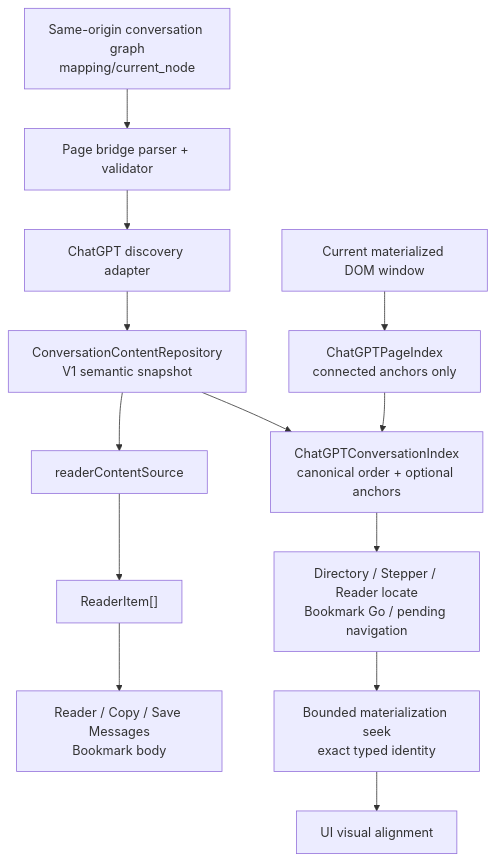
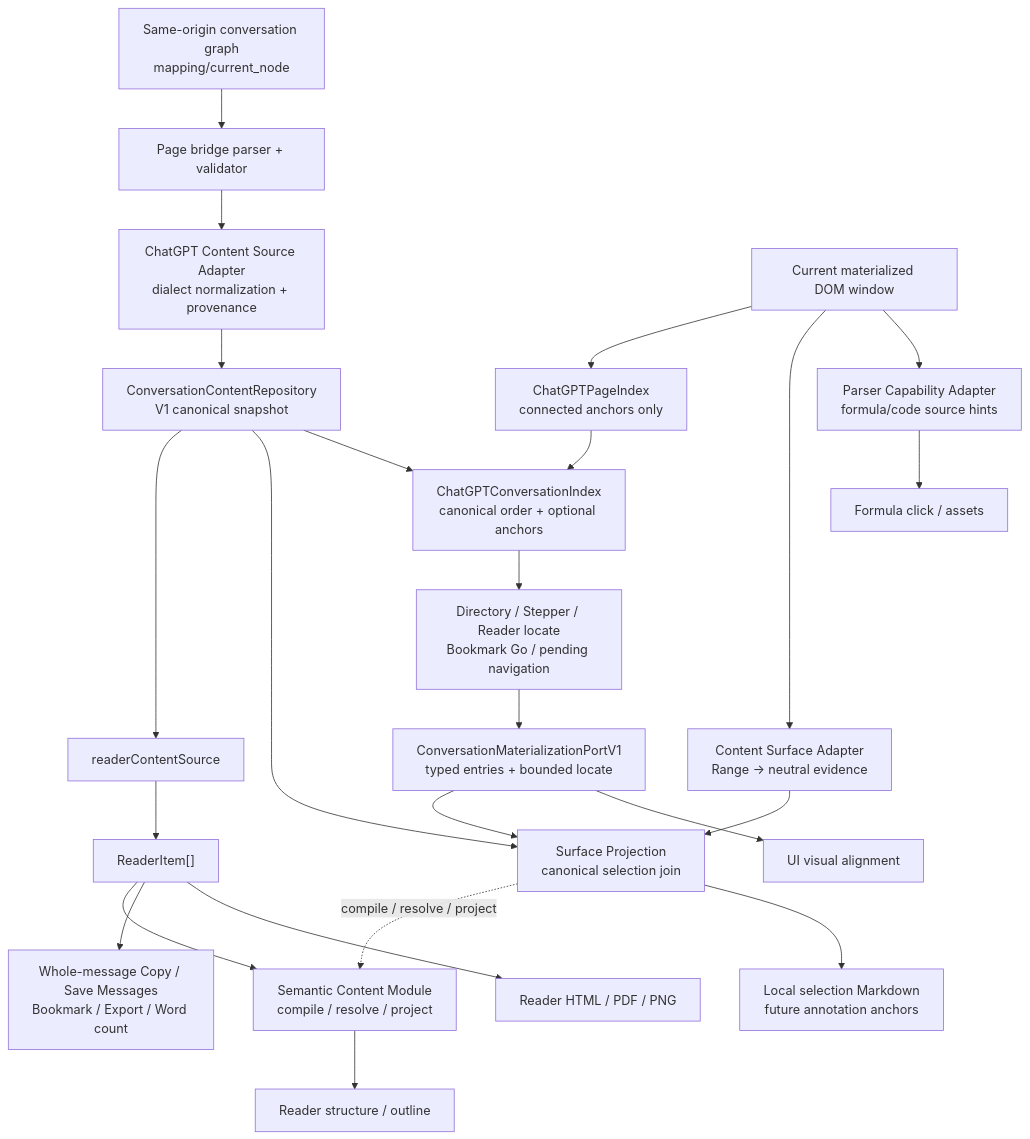
One commit to zhaoliangbin42/AI-MarkDone changed the diagram in docs/architecture/CURRENT_STATE.md. Above: the diagram before and after it, drawn with Mermaid. The commit also changed other lines of this file and 178 other files, not shown here.

Commit message:
feat(chatgpt): converge content consumers on passive graph source

````diff
--- a/docs/architecture/CURRENT_STATE.md
+++ b/docs/architecture/CURRENT_STATE.md
@@ -133,29 +145,47 @@
 ```mermaid
 flowchart TD
     Graph["Same-origin conversation graph<br/>mapping/current_node"]
     Bridge["Page bridge parser + validator"]
-    Repository["ConversationContentRepository<br/>V1 semantic snapshot"]
-    Adapter["ChatGPT discovery adapter"]
+    Adapter["ChatGPT Content Source Adapter<br/>dialect normalization + provenance"]
+    Repository["ConversationContentRepository<br/>V1 canonical snapshot"]
+    Semantic["Semantic Content Module<br/>compile / resolve / project"]
     ReaderSource["readerContentSource"]
     ReaderItems["ReaderItem[]"]
-    BodyConsumers["Reader / Copy / Save Messages<br/>Bookmark body"]
+    BodyConsumers["Whole-message Copy / Save Messages<br/>Bookmark / Export / Word count"]
+    StructureConsumers["Reader structure / outline"]
+    RenderConsumers["Reader HTML / PDF / PNG"]
     DOM["Current materialized DOM window"]
     PageIndex["ChatGPTPageIndex<br/>connected anchors only"]
+    SurfaceAdapter["Content Surface Adapter<br/>Range -> neutral evidence"]
+    SurfaceProjection["Surface Projection<br/>canonical selection join"]
+    ParserAdapter["Parser Capability Adapter<br/>formula/code source hints"]
+    FormulaConsumers["Formula click / assets"]
+    SelectionConsumers["Local selection Markdown<br/>future annotation anchors"]
     ConversationIndex["ChatGPTConversationIndex<br/>canonical order + optional anchors"]
     NavigationConsumers["Directory / Stepper / Reader locate<br/>Bookmark Go / pending navigation"]
-    Materialization["Bounded materialization seek<br/>exact typed identity"]
+    Materialization["ConversationMaterializationPortV1<br/>typed entries + bounded locate"]
     Alignment["UI visual alignment"]
 
     Graph --> Bridge
     Bridge --> Adapter
     Adapter --> Repository
     Repository --> ReaderSource
     ReaderSource --> ReaderItems
+    ReaderItems --> Semantic
+    Semantic --> StructureConsumers
     ReaderItems --> BodyConsumers
+    ReaderItems --> RenderConsumers
     DOM --> PageIndex
+    DOM --> SurfaceAdapter
+    SurfaceAdapter --> SurfaceProjection
+    Repository --> SurfaceProjection
+    Materialization --> SurfaceProjection
+    SurfaceProjection -. "compile / resolve / project" .-> Semantic
+    SurfaceProjection --> SelectionConsumers
+    DOM --> ParserAdapter --> FormulaConsumers
     Repository --> ConversationIndex
     PageIndex --> ConversationIndex
     ConversationIndex --> NavigationConsumers
     NavigationConsumers --> Materialization
     Materialization --> Alignment
 ```
````
